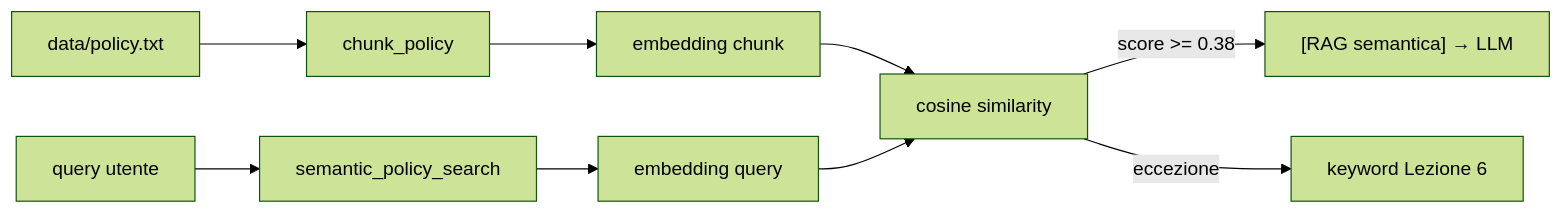
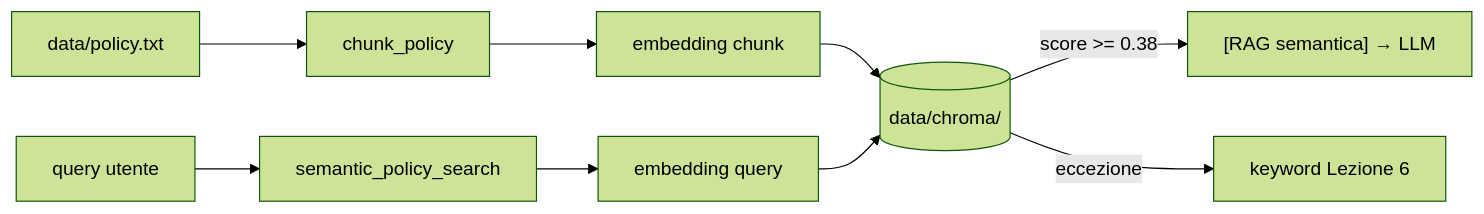
Before and after one commit to Impesud/agentic-triage-system: the third of 3 diagrams in README.md, drawn with Mermaid (forest theme). The commit also changed other lines of this file and 15 other files, not shown here.

Commit message:
feat(lesson-10): integra ChromaDB persistente per indice policy RAG

````diff
--- a/README.md
+++ b/README.md
@@ -164,11 +164,11 @@
 ```mermaid
 flowchart LR
     Q[query utente] --> RAG[semantic_policy_search]
     Policy[data/policy.txt] --> Chunk[chunk_policy]
     Chunk --> EmbC[embedding chunk]
+    EmbC --> Chroma[(data/chroma/)]
     RAG --> EmbQ[embedding query]
-    EmbC --> Cos[cosine similarity]
-    EmbQ --> Cos
-    Cos -->|score >= 0.38| Obs["[RAG semantica] → LLM"]
-    Cos -->|eccezione| KW["keyword Lezione 6"]
+    EmbQ --> Chroma
+    Chroma -->|score >= 0.38| Obs["[RAG semantica] → LLM"]
+    Chroma -->|eccezione| KW["keyword Lezione 6"]
 ```
````
